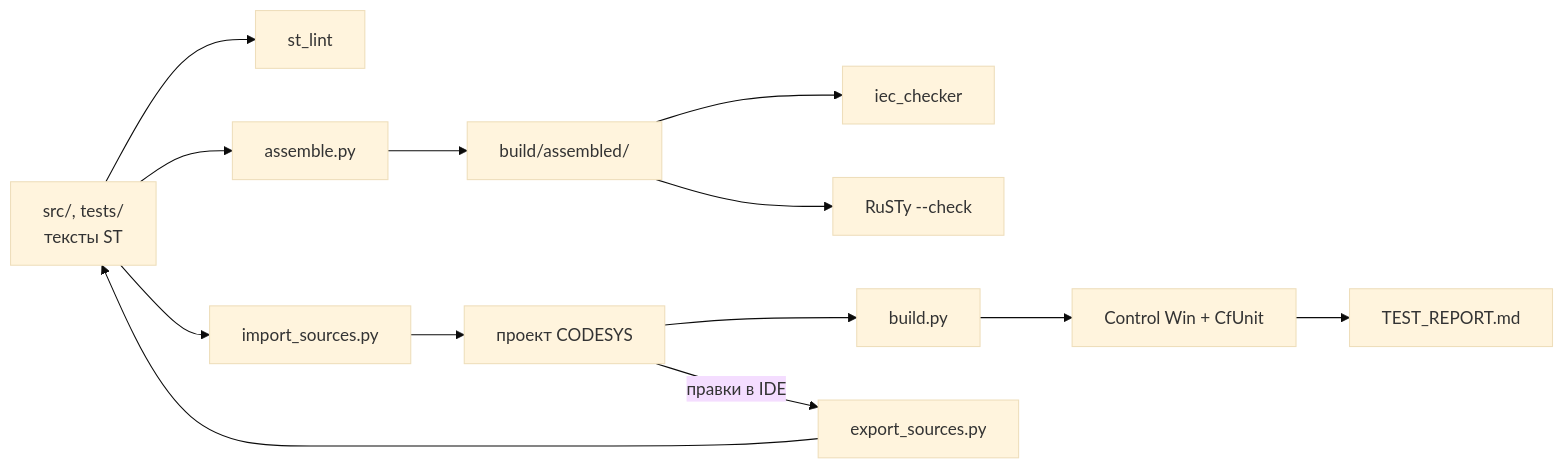
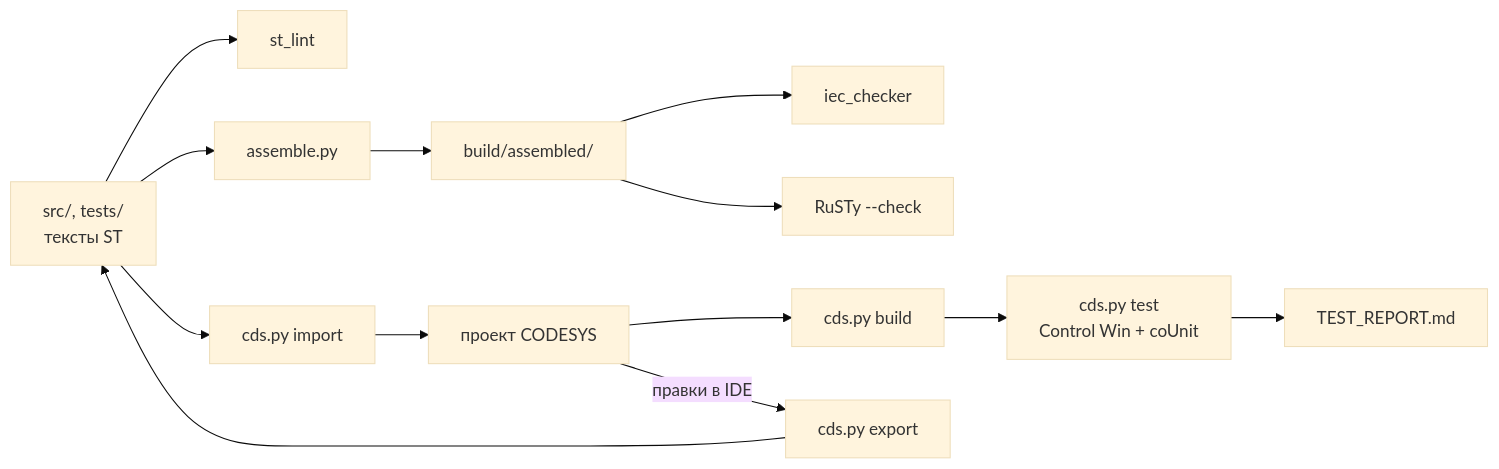
Before and after one commit to kr0nsch/plc-repo-template: the diagram in README.md, drawn with Mermaid (base theme). The commit also changed other lines of this file and 6 other files, not shown here.

````diff
--- a/README.md
+++ b/README.md
@@ -17,10 +17,10 @@
 ```mermaid
 flowchart LR
     src["src/, tests/<br/>тексты ST"] --> lint["st_lint"]
     src --> asm["assemble.py"] --> built["build/assembled/"]
     built --> iec["iec_checker"]
     built --> rusty["RuSTy --check"]
-    src --> imp["import_sources.py"] --> proj["проект CODESYS"]
-    proj --> bld["build.py"] --> tst["Control Win + CfUnit"] --> rep["TEST_REPORT.md"]
-    proj -- "правки в IDE" --> exp["export_sources.py"] --> src
+    src --> imp["cds.py import"] --> proj["проект CODESYS"]
+    proj --> bld["cds.py build"] --> tst["cds.py test<br/>Control Win + coUnit"] --> rep["TEST_REPORT.md"]
+    proj -- "правки в IDE" --> exp["cds.py export"] --> src
 ```
````
